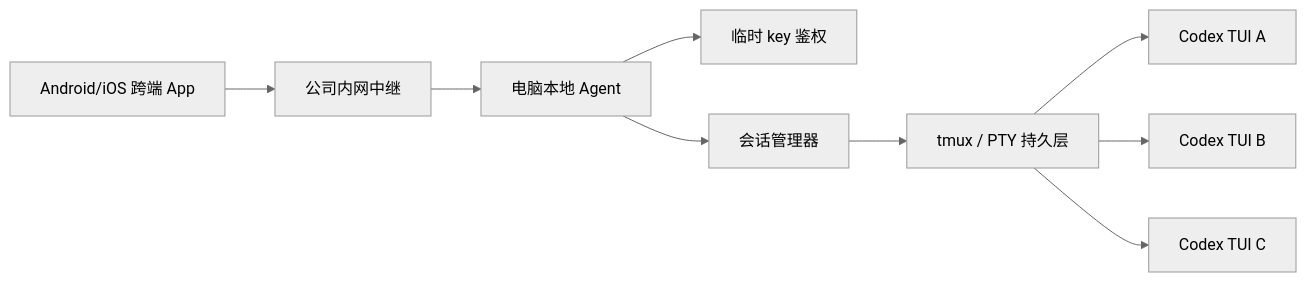
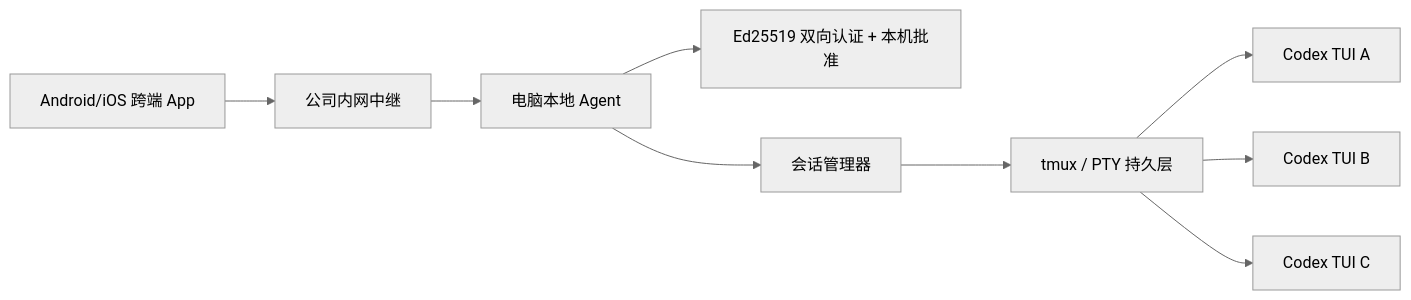
The first of 4 diagrams in docs/mobile-codex-tui-workbench-design.md (zhangbozhb/OmniWork), drawn with Mermaid (neutral theme) before and after one commit. The commit also changed other lines of this file and 198 other files, not shown here.

````diff
--- a/docs/mobile-codex-tui-workbench-design.md
+++ b/docs/mobile-codex-tui-workbench-design.md
@@ -241,11 +245,11 @@
 ```mermaid
 flowchart LR
   Phone["Android/iOS 跨端 App"] --> Relay["公司内网中继"]
   Relay --> 电脑Agent["电脑本地 Agent"]
-  电脑Agent --> Auth["临时 key 鉴权"]
+  电脑Agent --> Auth["Ed25519 双向认证 + 本机批准"]
   电脑Agent --> SessionMgr["会话管理器"]
   SessionMgr --> Tmux["tmux / PTY 持久层"]
   Tmux --> CodexA["Codex TUI A"]
   Tmux --> CodexB["Codex TUI B"]
   Tmux --> CodexC["Codex TUI C"]
 ```
````
